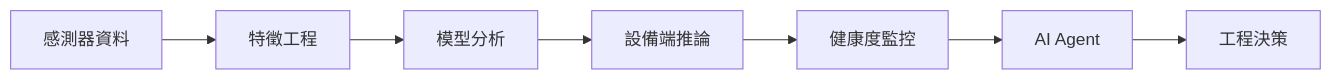
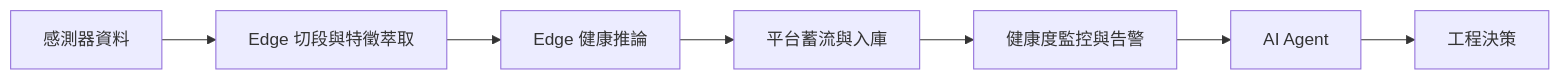
One commit to jiejiefu/blog changed the first of 14 diagrams in content/zh-tw/projects/edge-ai-platform-ppt169/index.md. Above: the diagram before and after it, drawn with Mermaid. The commit also changed other lines of this file and 4 other files, not shown here.

````diff
--- a/content/zh-tw/projects/edge-ai-platform-ppt169/index.md
+++ b/content/zh-tw/projects/edge-ai-platform-ppt169/index.md
@@ -63,9 +64,9 @@
 ```mermaid
 flowchart LR
-    A[感測器資料] --> B[特徵工程]
-    B --> C[模型分析]
-    C --> D[設備端推論]
-    D --> E[健康度監控]
+    A[感測器資料] --> B[Edge 切段與特徵萃取]
+    B --> C[Edge 健康推論]
+    C --> D[平台蓄流與入庫]
+    D --> E[健康度監控與告警]
     E --> F[AI Agent]
     F --> G[工程決策]
 ```
````
